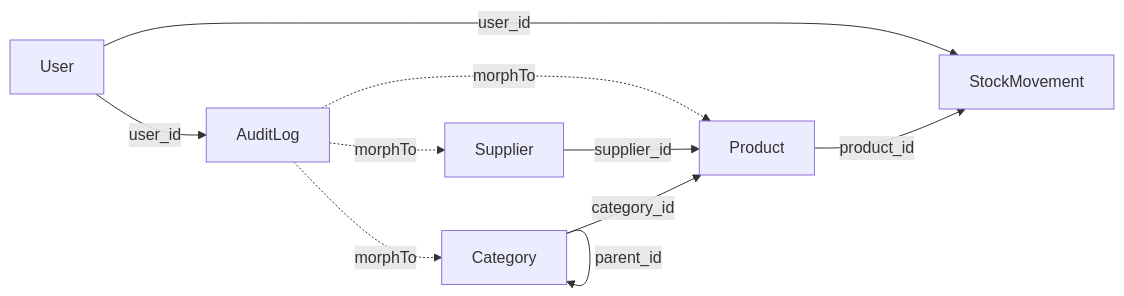
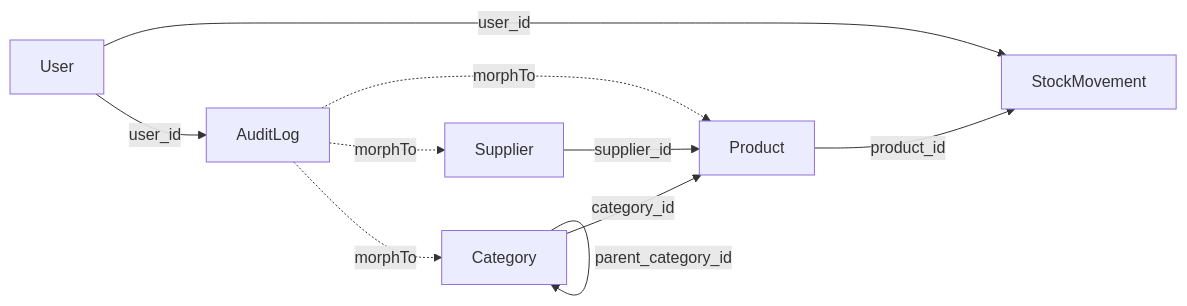
One commit to Enrrill/Inventario-Crud changed the diagram in docs/02-modelo-datos.md. Above: the diagram before and after it, drawn with Mermaid. The commit also changed other lines of this file and 15 other files, not shown here.

````diff
--- a/docs/02-modelo-datos.md
+++ b/docs/02-modelo-datos.md
@@ -161,12 +166,12 @@
 ```mermaid
 graph LR
-    C[Category] -->|parent_id| C
+    C[Category] -->|parent_category_id| C
     C -->|category_id| P[Product]
     S[Supplier] -->|supplier_id| P
     P -->|product_id| SM[StockMovement]
     U[User] -->|user_id| SM
     U -->|user_id| AL[AuditLog]
     AL -.->|morphTo| P
     AL -.->|morphTo| C
     AL -.->|morphTo| S
 ```
````
